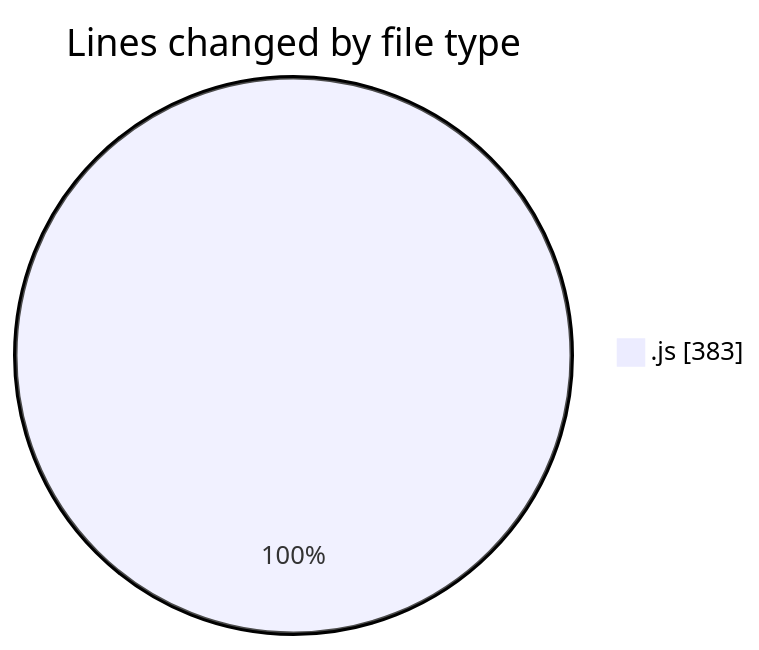
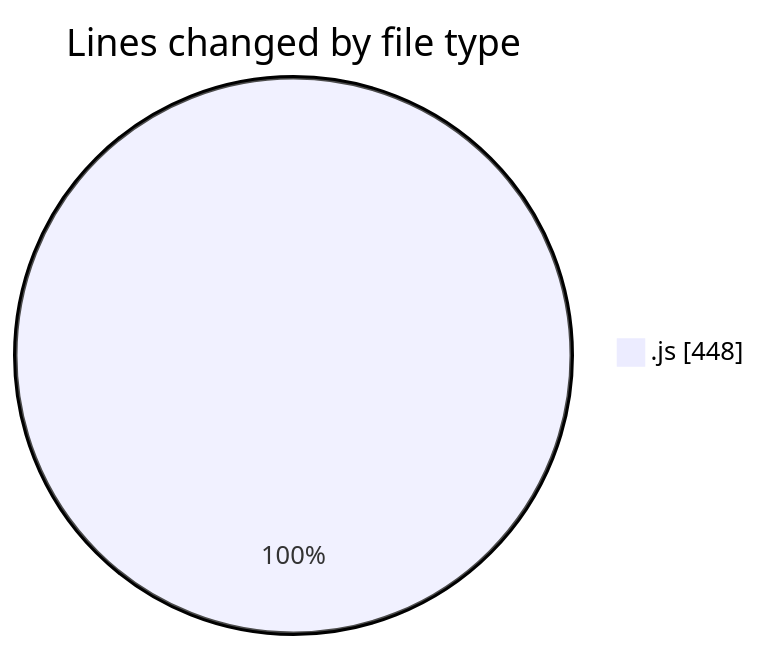
The first of 2 diagrams in 2025-07-17/mern-workoutboard/README.md (Ritupan-Deka/code-tracking), drawn with Mermaid before and after one commit. The commit also changed other lines of this file and 1 other file, not shown here.

````diff
--- a/2025-07-17/mern-workoutboard/README.md
+++ b/2025-07-17/mern-workoutboard/README.md
@@ -23,5 +24,5 @@
 ```mermaid
 pie showData
 title Lines changed by file type
-".js" : 383
+".js" : 448
 ```
````
